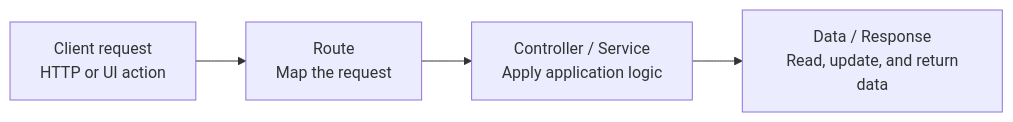
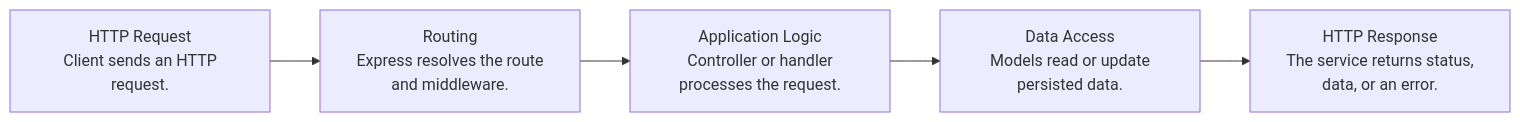
The diagram in Readme.md (Kanishq10/Backend_JS_Mastery), drawn with Mermaid before and after one commit. The commit also changed other lines of this file, not shown here.

````diff
--- a/Readme.md
+++ b/Readme.md
@@ -19,10 +27,12 @@
 ```mermaid
 flowchart LR
-    N0["Client request<br/> HTTP or UI action"]
-    N1["Route<br/> Map the request"]
+    N0["HTTP Request<br/> Client sends an HTTP request."]
+    N1["Routing<br/> Express resolves the route and middleware."]
+    N2["Application Logic<br/> Controller or handler processes the request."]
+    N3["Data Access<br/> Models read or update persisted data."]
+    N4["HTTP Response<br/> The service returns status, data, or an error."]
     N0 --> N1
-    N2["Controller / Service<br/> Apply application logic"]
     N1 --> N2
-    N3["Data / Response<br/> Read, update, and return data"]
     N2 --> N3
+    N3 --> N4
 ```
````
